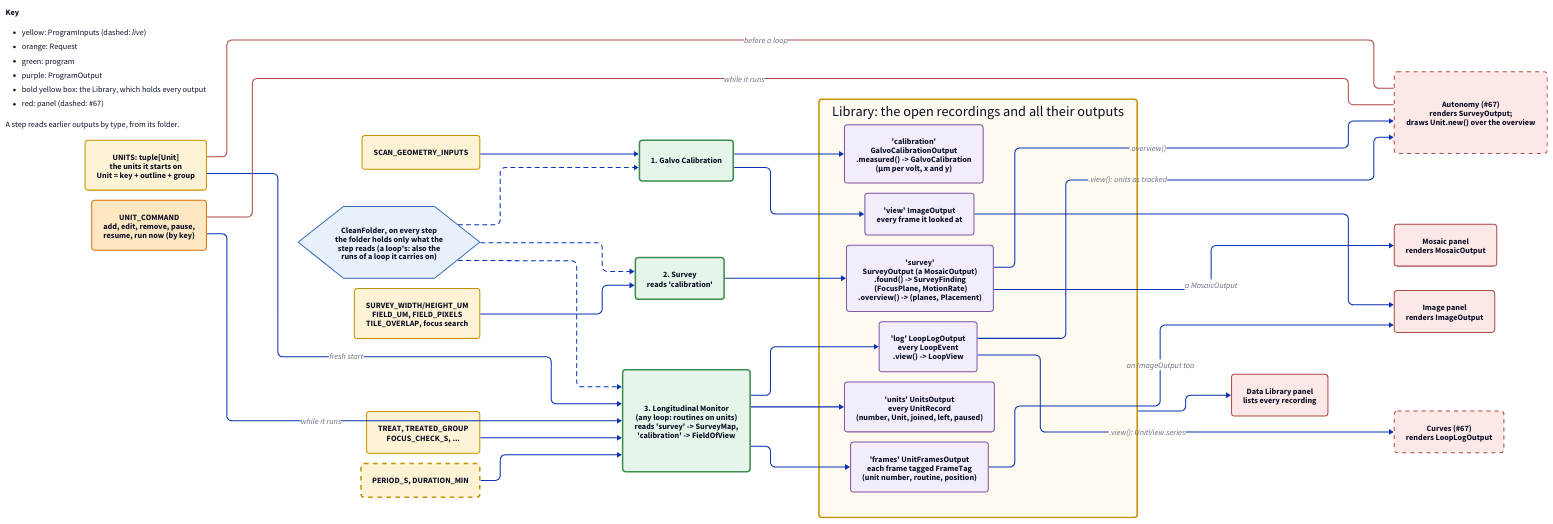
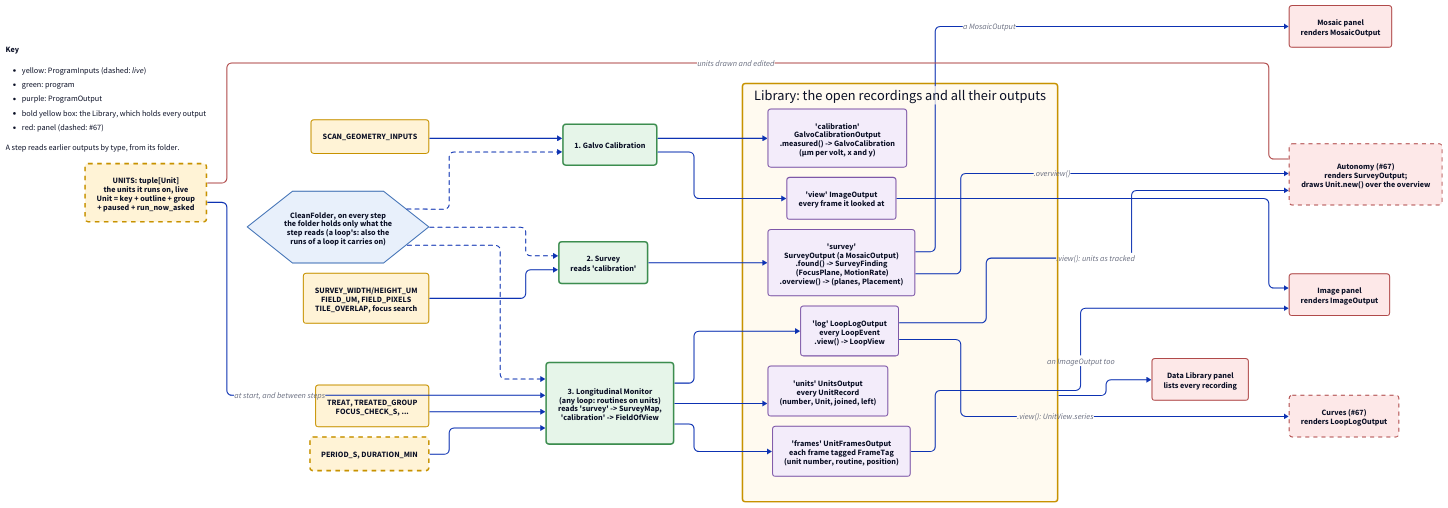
The diagram in docs/diagrams/multisite.d2 (FishyIshyFishy/pyrpoc), drawn with D2 before and after one commit. The commit also changed 45 other files, not shown here.

```diff
--- a/docs/diagrams/multisite.d2
+++ b/docs/diagrams/multisite.d2
@@ -1,94 +1,89 @@
 # Multisite, board 1 of 2: the pipeline. Each step's inputs, the program, the outputs it fills,
 # and what later steps and panels read of them. See multisite_loop.d2 for inside a loop.
 vars: {d2-config: {layout-engine: elk}}
 direction: right
 
 classes: {
   input: {style: {fill: "#fff3d6"; stroke: "#c79200"; border-radius: 6}}
   live: {style: {fill: "#fff3d6"; stroke: "#c79200"; stroke-width: 3; stroke-dash: 3; border-radius: 6}}
-  request: {style: {fill: "#ffe7c2"; stroke: "#d9730d"; stroke-width: 2; border-radius: 6}}
   prog: {style: {fill: "#e6f5e9"; stroke: "#3c8d4f"; stroke-width: 3; border-radius: 6}}
   check: {shape: hexagon; style: {fill: "#e8f0fb"; stroke: "#3b6db3"}}
   out: {style: {fill: "#f3ecfa"; stroke: "#7e57a8"; border-radius: 6}}
   panel: {style: {fill: "#fde8e8"; stroke: "#b04a4a"; border-radius: 6}}
   panel_new: {style: {fill: "#fde8e8"; stroke: "#b04a4a"; stroke-dash: 4; border-radius: 6}}
   library: {style: {fill: "#fffaf0"; stroke: "#c79200"; stroke-width: 3; border-radius: 6}}
 }
 
 # A node in the layout rather than pinned to a corner, which reserved a band of empty space.
 key: |md
   **Key**
   - yellow: ProgramInputs (dashed: *live*)
-  - orange: Request
   - green: program
   - purple: ProgramOutput
   - bold yellow box: the Library,
     which holds every output
   - red: panel (dashed: #67)
 
   A step reads earlier outputs by type,
   from its folder.
 | {style: {fill: "#ffffff"; stroke: "#bbbbbb"}}
 
 clean: "CleanFolder, on every step\nthe folder holds only what the\nstep reads (a loop's: also the\nruns of a loop it carries on)" {class: check}
 clean -> cal {style.stroke-dash: 4}
 clean -> sur {style.stroke-dash: 4}
 clean -> loop {style.stroke-dash: 4}
 
 # ---------------------------------------------------------------- 1. calibration
 cal_in: "SCAN_GEOMETRY_INPUTS" {class: input}
 cal: "1. Galvo Calibration" {class: prog}
 cal_in -> cal
 cal -> library.calibration
 cal -> library.view
 
 # ---------------------------------------------------------------- 2. survey
 sur_in: "SURVEY_WIDTH/HEIGHT_UM\nFIELD_UM, FIELD_PIXELS\nTILE_OVERLAP, focus search" {class: input}
 sur: "2. Survey\nreads 'calibration'" {class: prog}
 sur_in -> sur
 sur -> library.survey
 
 # ---------------------------------------------------------------- 3. loop
-units: "UNITS: tuple[Unit]\nthe units it starts on\nUnit = key + outline + group" {class: input}
+units: "UNITS: tuple[Unit]\nthe units it runs on, live\nUnit = key + outline + group\n+ paused + run_now_asked" {class: live}
 loop_in: "TREAT, TREATED_GROUP\nFOCUS_CHECK_S, ..." {class: input}
 monitor_live: "PERIOD_S, DURATION_MIN" {class: live}
-command: "UNIT_COMMAND\nadd, edit, remove, pause,\nresume, run now (by key)" {class: request}
 loop: "3. Longitudinal Monitor\n(any loop: routines on units)\nreads 'survey' -> SurveyMap,\n'calibration' -> FieldOfView" {class: prog}
-units -> loop: "fresh start"
+units -> loop: "at start, and between steps"
 loop_in -> loop
 monitor_live -> loop
-command -> loop: "while it runs"
 loop -> library.log
 loop -> library.unit_records
 loop -> library.frames
 
 # ---------------------------------------------------------------- the library
 # Every output a program fills is in the library, inside its recording; panels only ever
 # reach an output there, each picking the outputs of the type it renders.
 library: "Library: the open recordings and all their outputs" {
   class: library
   calibration: "'calibration'\nGalvoCalibrationOutput\n.measured() -> GalvoCalibration\n(µm per volt, x and y)" {class: out}
   view: "'view' ImageOutput\nevery frame it looked at" {class: out}
   survey: "'survey'\nSurveyOutput (a MosaicOutput)\n.found() -> SurveyFinding\n  (FocusPlane, MotionRate)\n.overview() -> (planes, Placement)" {class: out}
   log: "'log' LoopLogOutput\nevery LoopEvent\n.view() -> LoopView" {class: out}
-  unit_records: "'units' UnitsOutput\nevery UnitRecord\n(number, Unit, joined, left, paused)" {class: out}
+  unit_records: "'units' UnitsOutput\nevery UnitRecord\n(number, Unit, joined, left)" {class: out}
   frames: "'frames' UnitFramesOutput\neach frame tagged FrameTag\n(unit number, routine, position)" {class: out}
 }
 
 # ---------------------------------------------------------------- panels
 image: "Image panel\nrenders ImageOutput" {class: panel}
 mosaic: "Mosaic panel\nrenders MosaicOutput" {class: panel}
 data_library: "Data Library panel\nlists every recording" {class: panel}
 autonomy: "Autonomy (#67)\nrenders SurveyOutput;\ndraws Unit.new() over the overview" {class: panel_new}
 curves: "Curves (#67)\nrenders LoopLogOutput" {class: panel_new}
 library.view -> image
 library.frames -> image: "an ImageOutput too"
 library.survey -> mosaic: "a MosaicOutput"
 library.survey -> autonomy: ".overview()"
 library.log -> autonomy: ".view(): units as tracked"
 library.log -> curves: ".view(): UnitView.series"
 library -> data_library
 
-# What the Autonomy panel sends back: units to start on, and commands while a loop runs.
-units -- autonomy: "before a loop" {source-arrowhead.shape: triangle; style.stroke: "#b04a4a"}
-command -- autonomy: "while it runs" {source-arrowhead.shape: triangle; style.stroke: "#b04a4a"}
+# What the Autonomy panel sends back: the units, before and while a loop runs.
+units -- autonomy: "units drawn and edited" {source-arrowhead.shape: triangle; style.stroke: "#b04a4a"}
```
